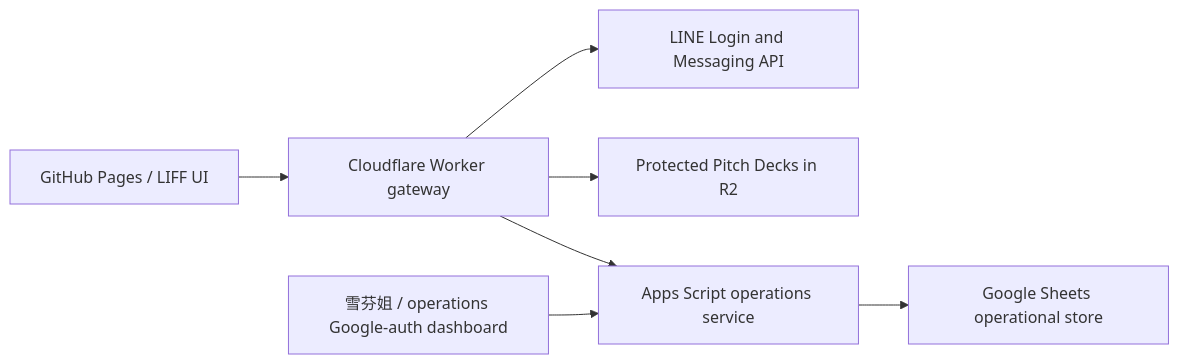
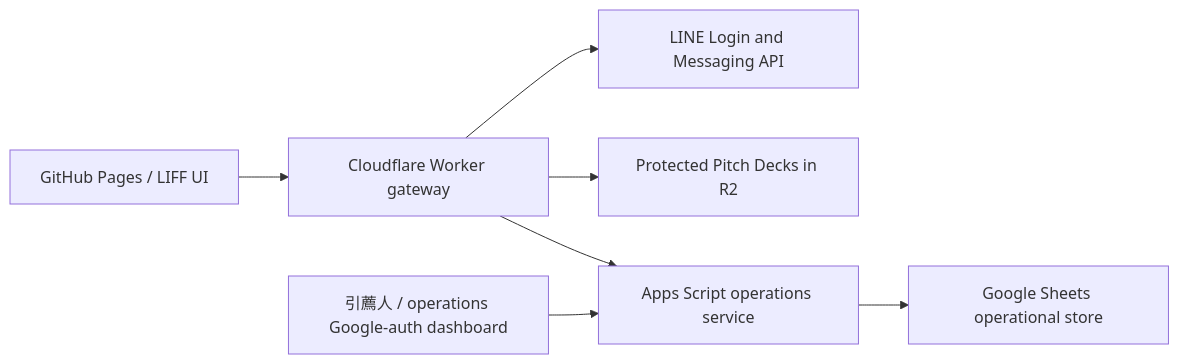
The diagram in README.md (mela0976/zhifu-invest), drawn with Mermaid before and after one commit. The commit also changed other lines of this file and 26 other files, not shown here.

````diff
--- a/README.md
+++ b/README.md
@@ -70,9 +70,9 @@
 ```mermaid
 flowchart LR
     Browser["GitHub Pages / LIFF UI"] --> Gateway["Cloudflare Worker gateway"]
     Gateway --> LINE["LINE Login and Messaging API"]
     Gateway --> R2["Protected Pitch Decks in R2"]
     Gateway --> Ops["Apps Script operations service"]
     Ops --> Sheets["Google Sheets operational store"]
-    Admin["雪芬姐 / operations Google-auth dashboard"] --> Ops
+    Admin["引薦人 / operations Google-auth dashboard"] --> Ops
 ```
````
